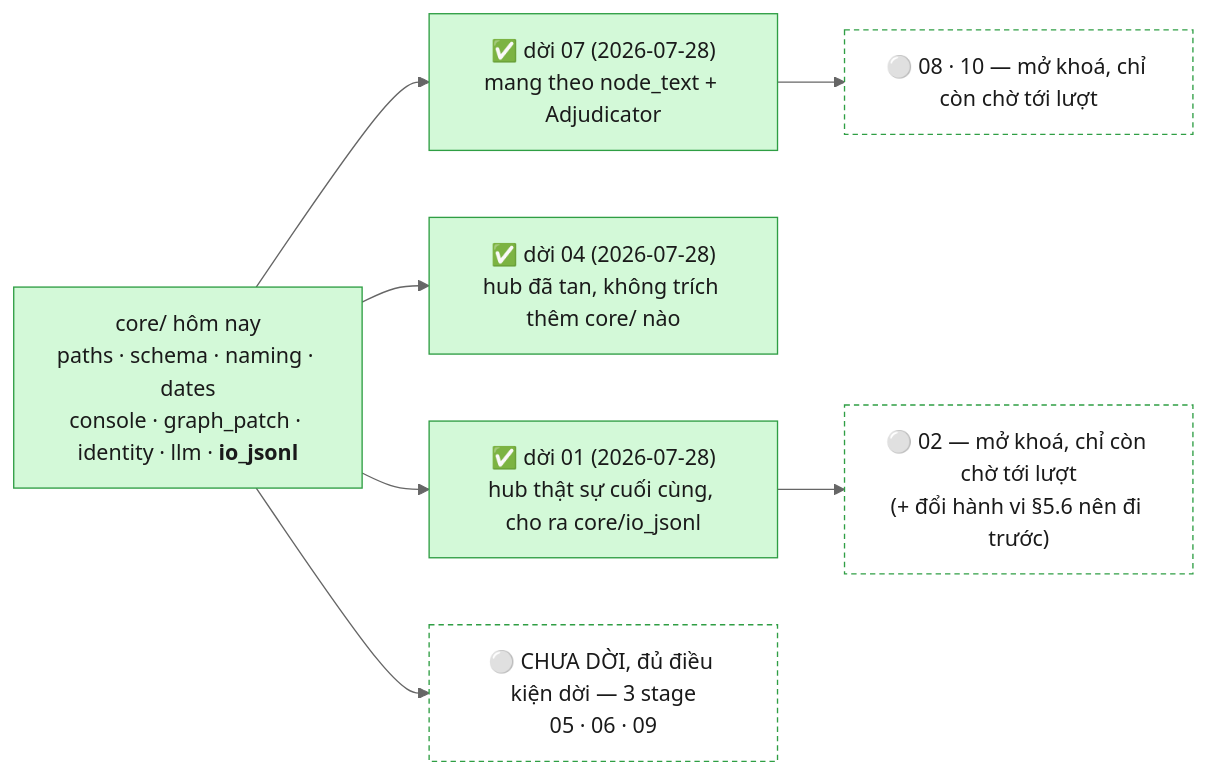
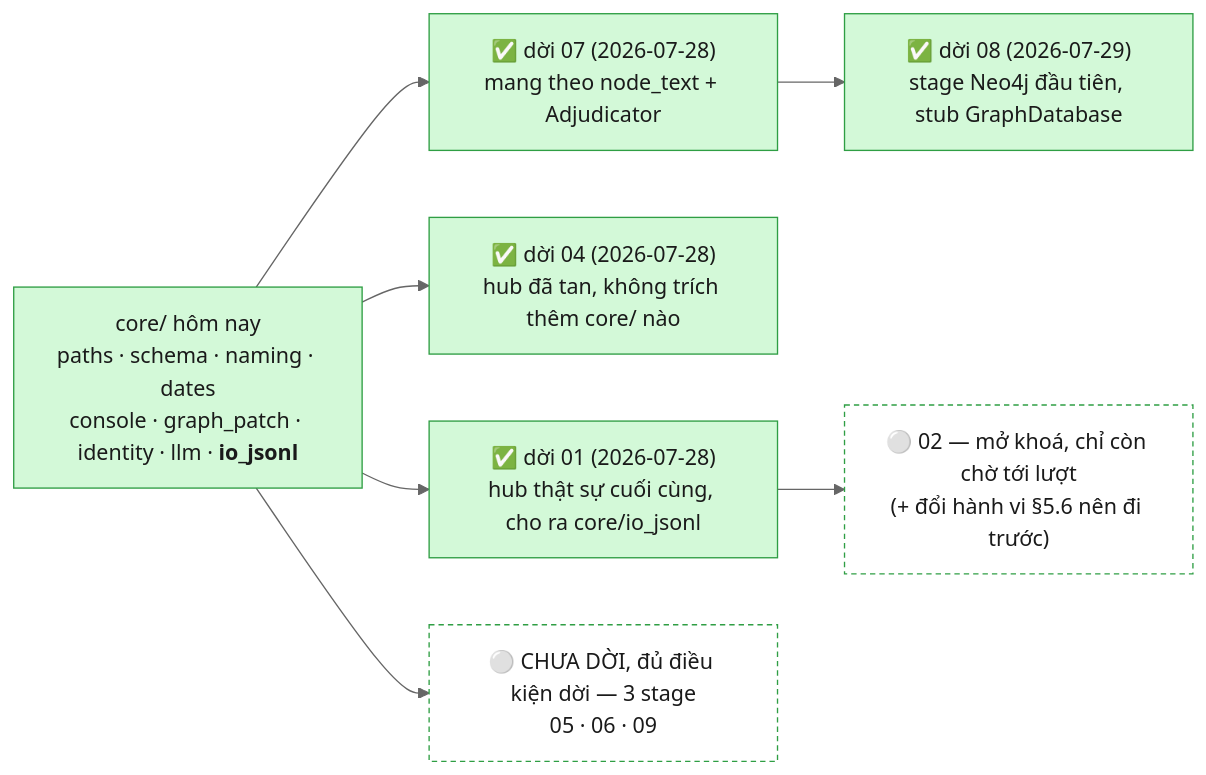
The second of 4 diagrams in src_module/PIPELINE.md (TranBaDat2607/capstone_test1), drawn with Mermaid (neutral theme) before and after one commit. The commit also changed other lines of this file and 4 other files, not shown here.

First line of the commit message:
refactor(esg_kg): move step08 to load/neo4j_sync.py (11th stage migrated)

````diff
--- a/src_module/PIPELINE.md
+++ b/src_module/PIPELINE.md
@@ -299,20 +329,20 @@
 ```mermaid
 flowchart LR
     classDef done fill:#d3f9d8,stroke:#2f9e44,color:#1a1a1a
     classDef ready fill:#ffffff,stroke:#2f9e44,stroke-dasharray:4 3,color:#1a1a1a
     classDef key  fill:#ffe3e3,stroke:#f03e3e,color:#1a1a1a
     classDef pend fill:#fff3bf,stroke:#e8a90c,color:#1a1a1a
 
     CORE["core/ hôm nay<br/>paths · schema · naming · dates<br/>console · graph_patch · identity · llm · <b>io_jsonl</b>"]:::done
     S07D["✅ dời 07 (2026-07-28)<br/>mang theo node_text + Adjudicator"]:::done
     S04D["✅ dời 04 (2026-07-28)<br/>hub đã tan, không trích thêm core/ nào"]:::done
     S01D["✅ dời 01 (2026-07-28)<br/>hub thật sự cuối cùng, cho ra core/io_jsonl"]:::done
+    S08D["✅ dời 08 (2026-07-29)<br/>stage Neo4j đầu tiên, stub GraphDatabase"]:::done
     READY["⚪ CHƯA DỜI, đủ điều kiện dời — 3 stage<br/>05 · 06 · 09"]:::ready
-    U1["⚪ 08 · 10 — mở khoá, chỉ còn chờ tới lượt"]:::ready
     U3["⚪ 02 — mở khoá, chỉ còn chờ tới lượt<br/>(+ đổi hành vi §5.6 nên đi trước)"]:::ready
 
-    CORE --> S07D --> U1
+    CORE --> S07D --> S08D
     CORE --> S04D
     CORE --> S01D --> U3
     CORE --> READY
 ```
````
